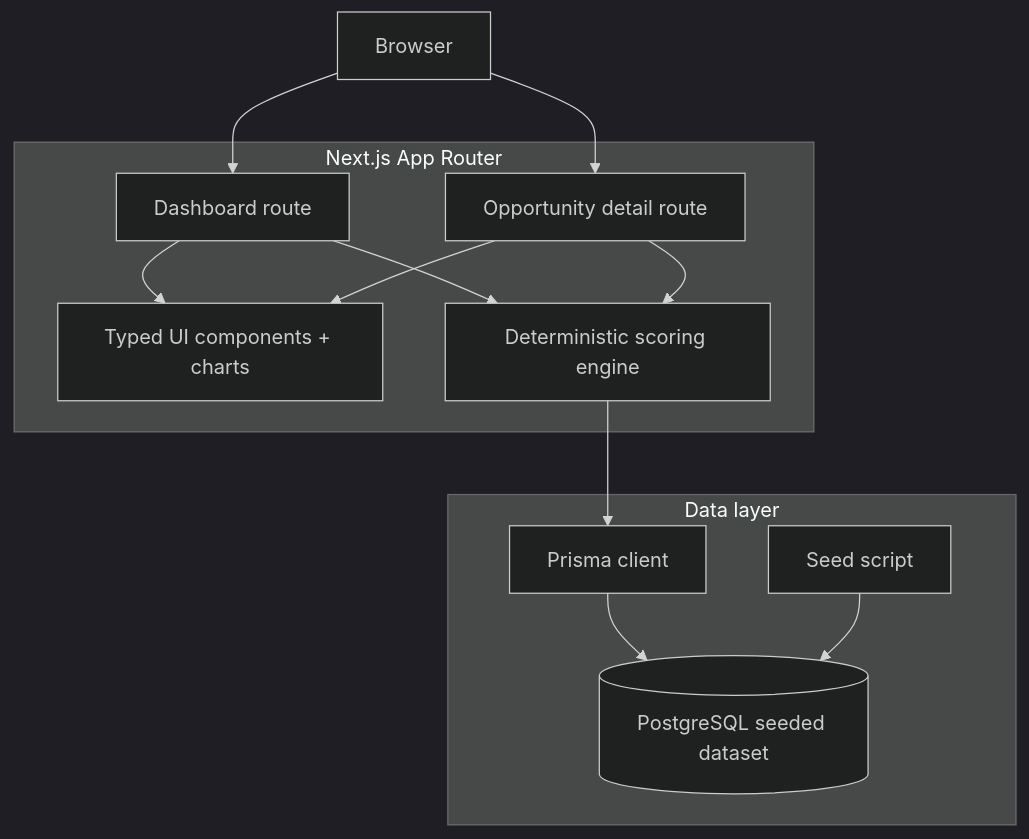
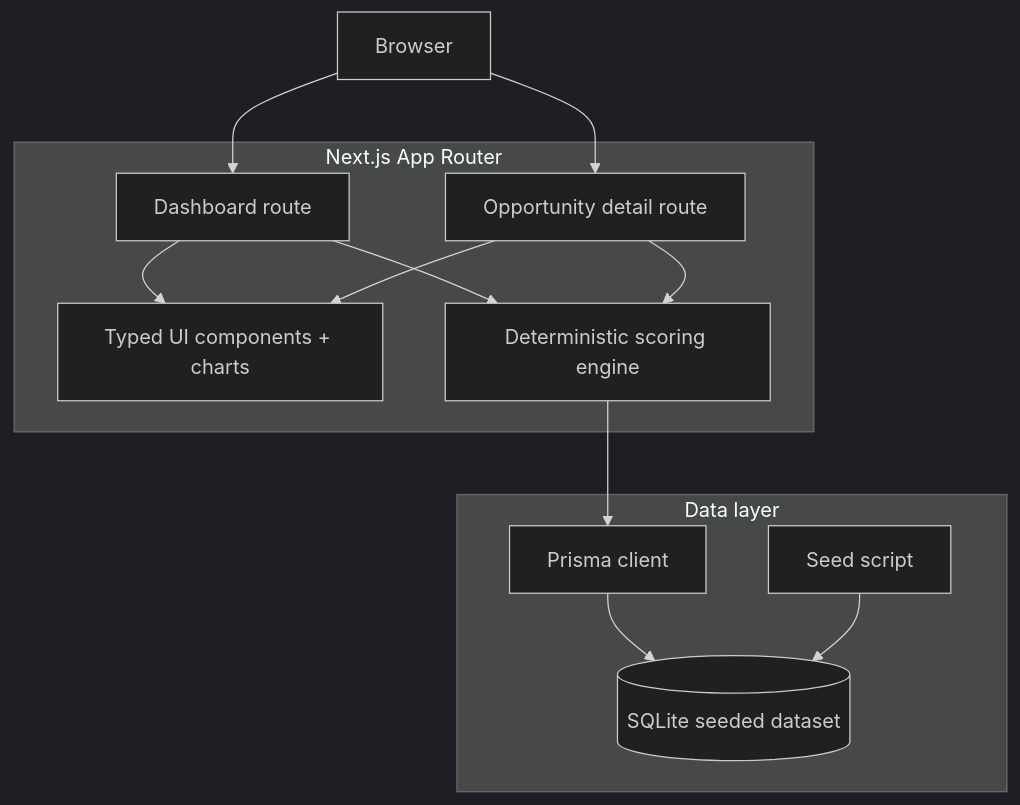
Before and after one commit to branqon/automation-opportunity-scorer: the diagram in docs/architecture-diagram.md, drawn with Mermaid (dark theme). The commit also changed other lines of this file and 60 other files, not shown here.

````diff
--- a/docs/architecture-diagram.md
+++ b/docs/architecture-diagram.md
@@ -3,27 +3,27 @@
 ```mermaid
 flowchart TD
     Browser[Browser]
 
     subgraph NextApp[Next.js App Router]
       Dashboard[Dashboard route]
       Detail[Opportunity detail route]
       UI[Typed UI components + charts]
       Scoring[Deterministic scoring engine]
     end
 
     subgraph DataLayer[Data layer]
       Prisma[Prisma client]
-      PostgreSQL[(PostgreSQL seeded dataset)]
+      SQLite[(SQLite seeded dataset)]
       Seed[Seed script]
     end
 
     Browser --> Dashboard
     Browser --> Detail
     Dashboard --> UI
     Detail --> UI
     Dashboard --> Scoring
     Detail --> Scoring
     Scoring --> Prisma
-    Prisma --> PostgreSQL
-    Seed --> PostgreSQL
+    Prisma --> SQLite
+    Seed --> SQLite
 ```
````
